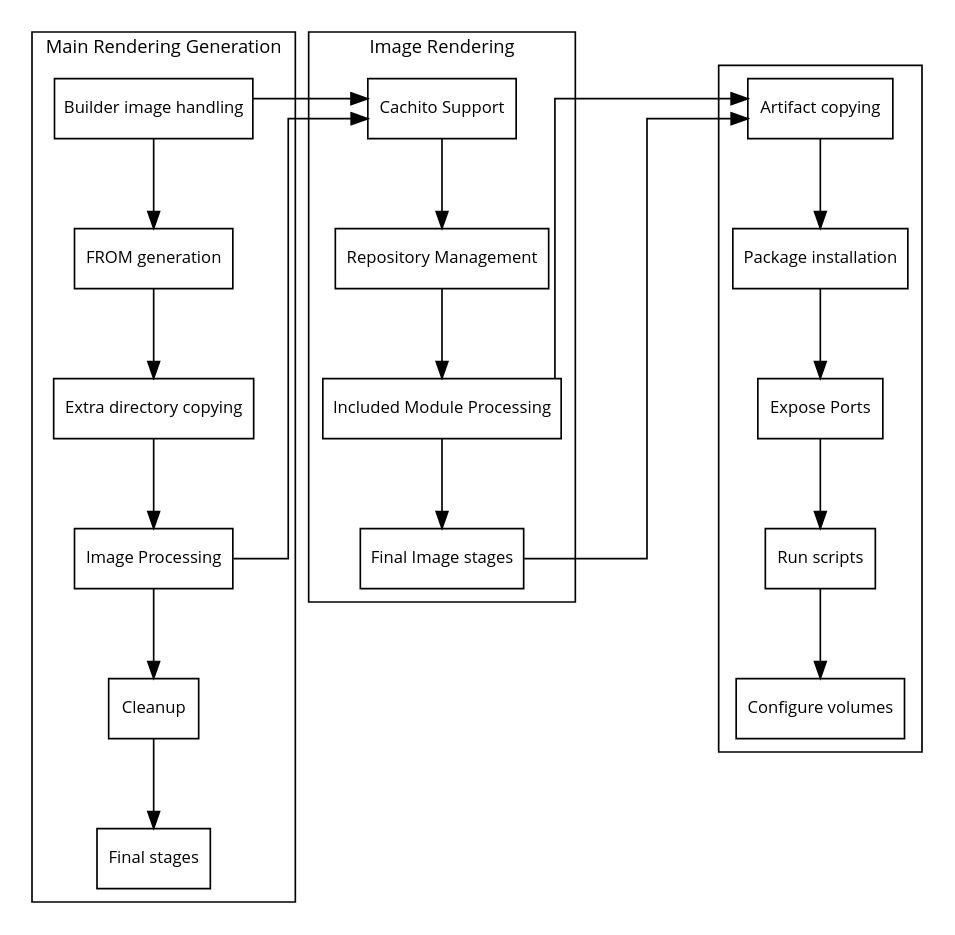
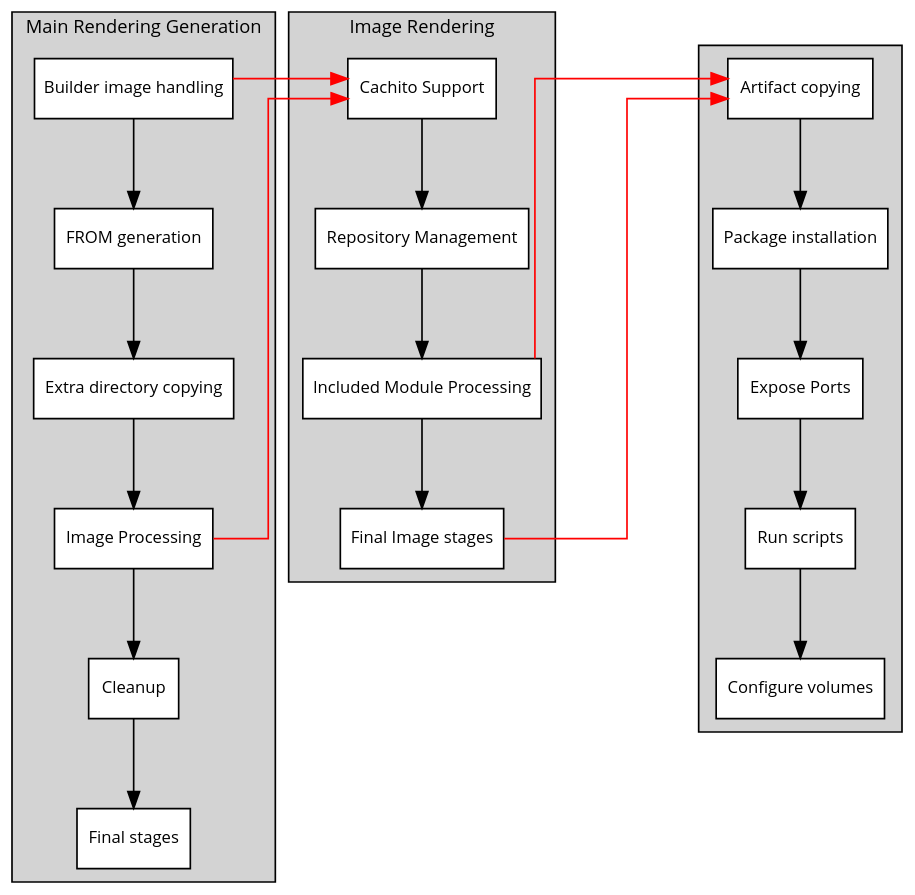
One commit to cekit/cekit changed the diagram in docs/handbook/modules/image_order.rst. Above: the diagram before and after it, drawn with Graphviz. The commit also changed 3 other files, not shown here.

```diff
--- a/docs/handbook/modules/image_order.rst
+++ b/docs/handbook/modules/image_order.rst
@@ -13,49 +13,53 @@
 .. graphviz::
     :align: center
     :alt: Module installation
     :name: module-installation-diagram
 
      digraph module_installation {
+        bgcolor="transparent";
         graph [fontsize="11", fontname="Open Sans", compound="true", splines=ortho, nodesep=0.5, ranksep=0.75];
-        node [shape="box", fontname="Open Sans", fontsize="10"];
+        node [shape="box", fontname="Open Sans", fontsize="10", style="filled", fillcolor="white"];
 
         // main rendering
         subgraph cluster_0 {
+                bgcolor="lightgrey"
                 label="Main Rendering Generation";
                 builder [label="Builder image handling"];
                 from [label="FROM generation"];
                 extra [label="Extra directory copying"];
                 image [label="Image Processing"];
                 cleanup [label="Cleanup"];
                 final [label="Final stages", href="#final-stages"];
         }
 
         // process_image
         subgraph cluster_1 {
+                bgcolor="lightgrey"
                 label="Image Rendering";
                 cachito [label="Cachito Support", rank=same];
                 repo [label="Repository Management"];
                 module [label="Included Module Processing"];
                 complete_image [label="Final Image stages", href="#final-image-stages"];
         }
 
         // process_module
         subgraph cluster_2 {
+                bgcolor="lightgrey"
                 artifact [label="Artifact copying", rank=same];
                 pkg_install [label="Package installation"];
                 ports [label="Expose Ports"];
                 run [label="Run scripts"];
                 volumes [label="Configure volumes"];
         }
 
         // graph control
         builder -> from -> extra -> image -> cleanup -> final;
         cachito -> repo -> module -> complete_image;
         artifact -> pkg_install -> ports -> run -> volumes;
 
         // subgraph links
-        builder -> cachito[constraint=false];
-        image -> cachito[constraint=false];
-        module -> artifact[constraint=false];
-        complete_image -> artifact[constraint=false];
+        builder -> cachito[constraint=false, color="red"];
+        image -> cachito[constraint=false, color="red"];
+        module -> artifact[constraint=false, color="red"];
+        complete_image -> artifact[constraint=false, color="red"];
     }
```
